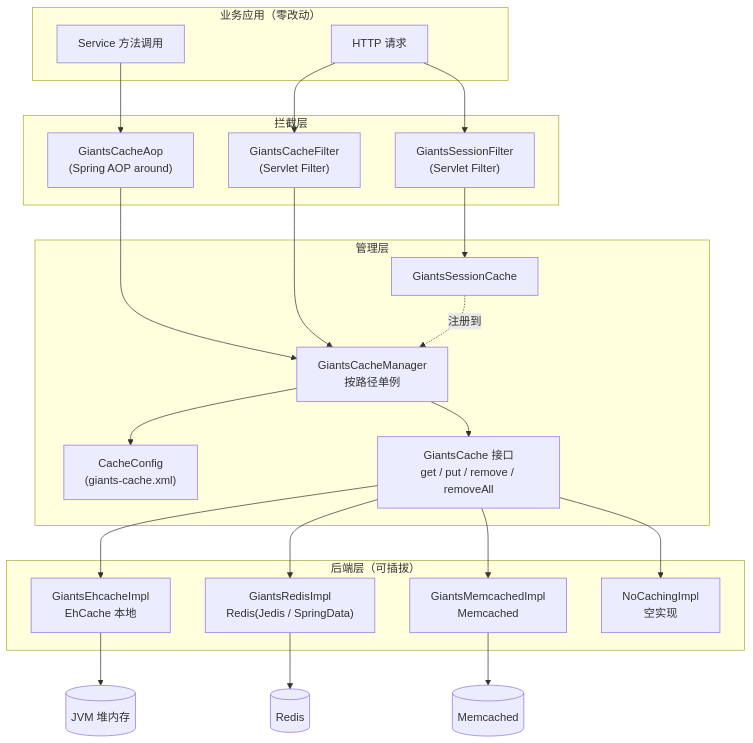
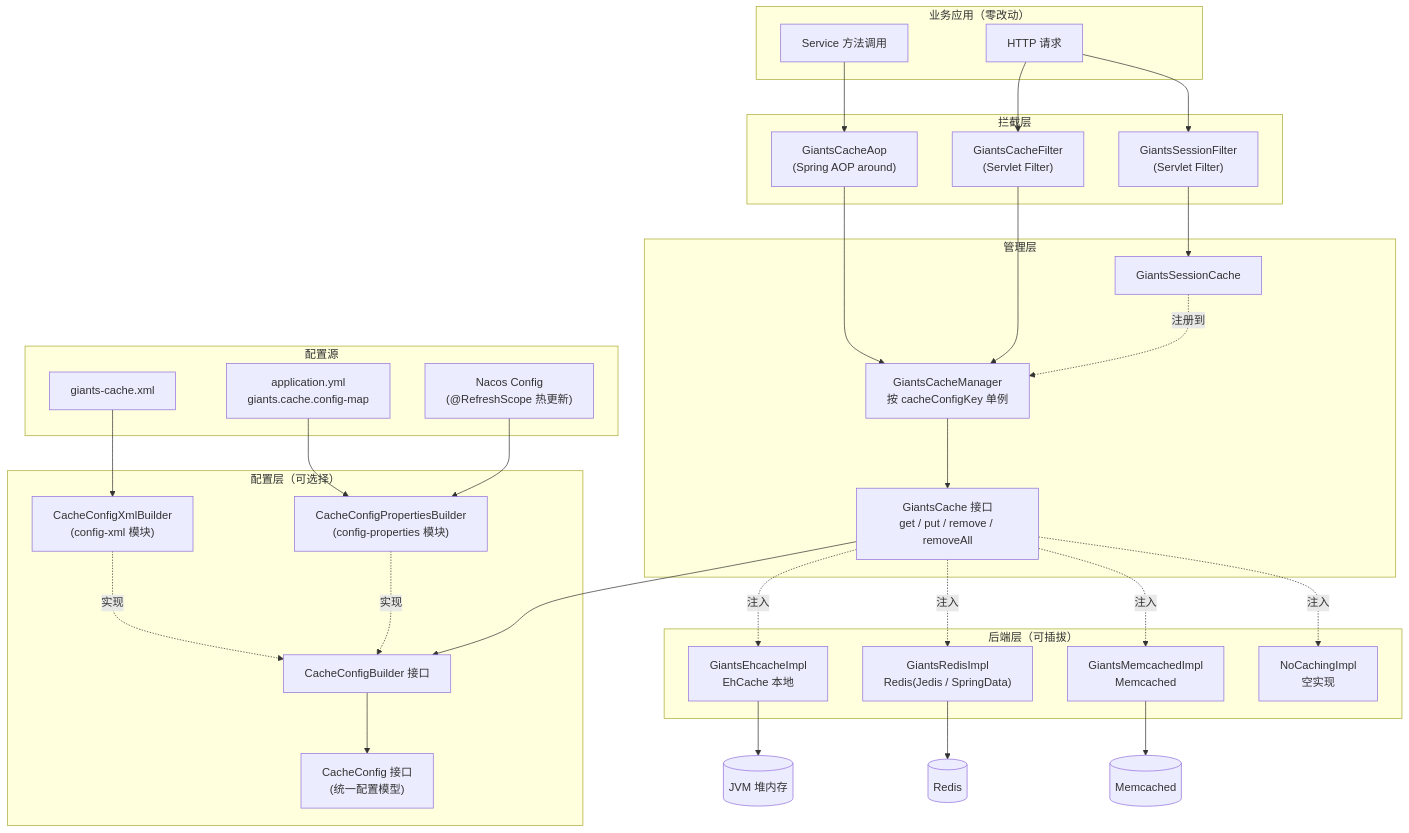
Before and after one commit to vencent-lu/giants-cache: the first of 3 diagrams in docs/USER_GUIDE.md, drawn with Mermaid. The commit also changed other lines of this file and 3 other files, not shown here.

````diff
--- a/docs/USER_GUIDE.md
+++ b/docs/USER_GUIDE.md
@@ -47,48 +57,68 @@
 ```mermaid
 flowchart TB
     subgraph APP["业务应用（零改动）"]
         SVC["Service 方法调用"]
         WEB["HTTP 请求"]
     end
 
     subgraph INTERCEPT["拦截层"]
         AOP["GiantsCacheAop<br/>(Spring AOP around)"]
         CFILTER["GiantsCacheFilter<br/>(Servlet Filter)"]
         SFILTER["GiantsSessionFilter<br/>(Servlet Filter)"]
     end
 
     subgraph MANAGE["管理层"]
-        MGR["GiantsCacheManager<br/>按路径单例"]
-        CONF["CacheConfig<br/>(giants-cache.xml)"]
+        MGR["GiantsCacheManager<br/>按 cacheConfigKey 单例"]
         SCACHE["GiantsSessionCache"]
         API["GiantsCache 接口<br/>get / put / remove / removeAll"]
+    end
+
+    subgraph CONFIG["配置层（可选择）"]
+        BUILDER["CacheConfigBuilder 接口"]
+        XMLB["CacheConfigXmlBuilder<br/>(config-xml 模块)"]
+        PROPB["CacheConfigPropertiesBuilder<br/>(config-properties 模块)"]
+        CONF["CacheConfig 接口<br/>(统一配置模型)"]
     end
 
     subgraph BACKEND["后端层（可插拔）"]
         EH["GiantsEhcacheImpl<br/>EhCache 本地"]
         RD["GiantsRedisImpl<br/>Redis(Jedis / SpringData)"]
         MC["GiantsMemcachedImpl<br/>Memcached"]
         NO["NoCachingImpl<br/>空实现"]
+    end
+
+    subgraph SOURCE["配置源"]
+        XML["giants-cache.xml"]
+        YAML["application.yml<br/>giants.cache.config-map"]
+        NACOS["Nacos Config<br/>(@RefreshScope 热更新)"]
     end
 
     SVC --> AOP
     WEB --> CFILTER
     WEB --> SFILTER
 
     AOP --> MGR
     CFILTER --> MGR
     SFILTER --> SCACHE
 
-    MGR --> CONF
     MGR --> API
+    API --> BUILDER
+    BUILDER --> CONF
     SCACHE -. 注册到 .-> MGR
 
-    API --> EH
-    API --> RD
-    API --> MC
-    API --> NO
+    XMLB -.实现.-> BUILDER
+    PROPB -.实现.-> BUILDER
+
+    XML --> XMLB
+    YAML --> PROPB
+    NACOS --> PROPB
+
+    API -.注入.-> EH
+    API -.注入.-> RD
+    API -.注入.-> MC
+    API -.注入.-> NO
 
     RD --> REDIS[("Redis")]
     MC --> MEMD[("Memcached")]
     EH --> JVM[("JVM 堆内存")]
 ```
````
